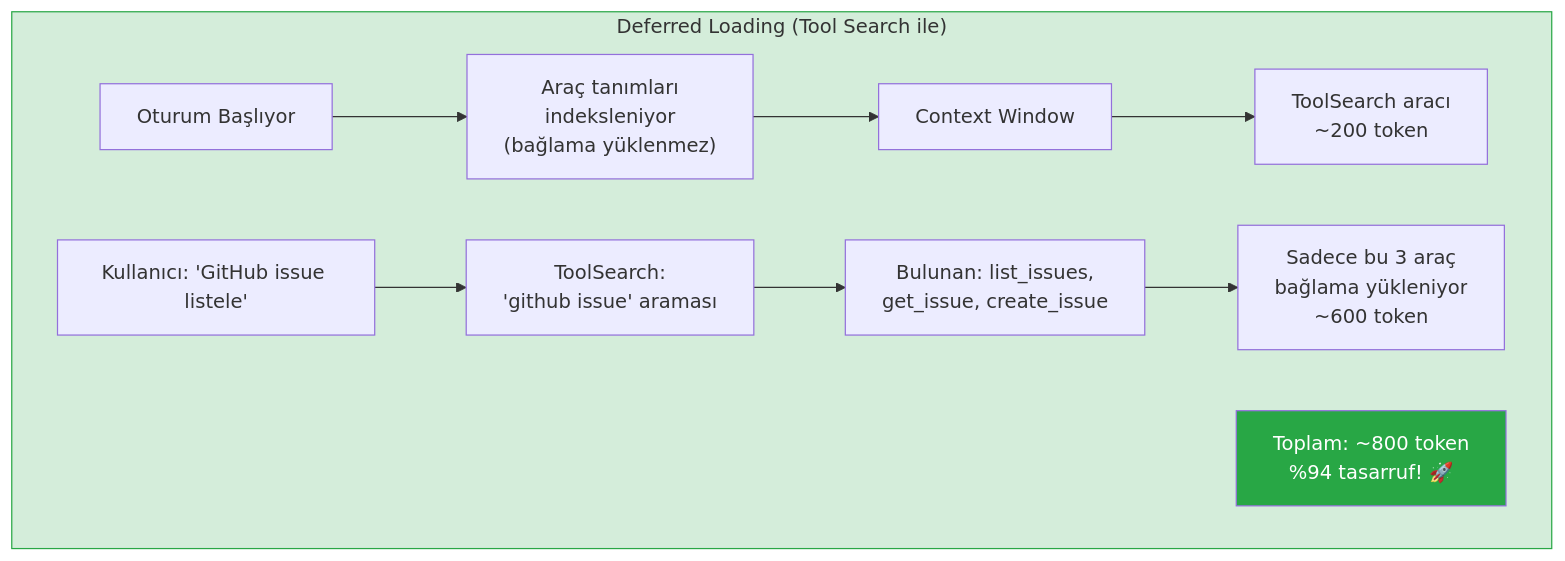
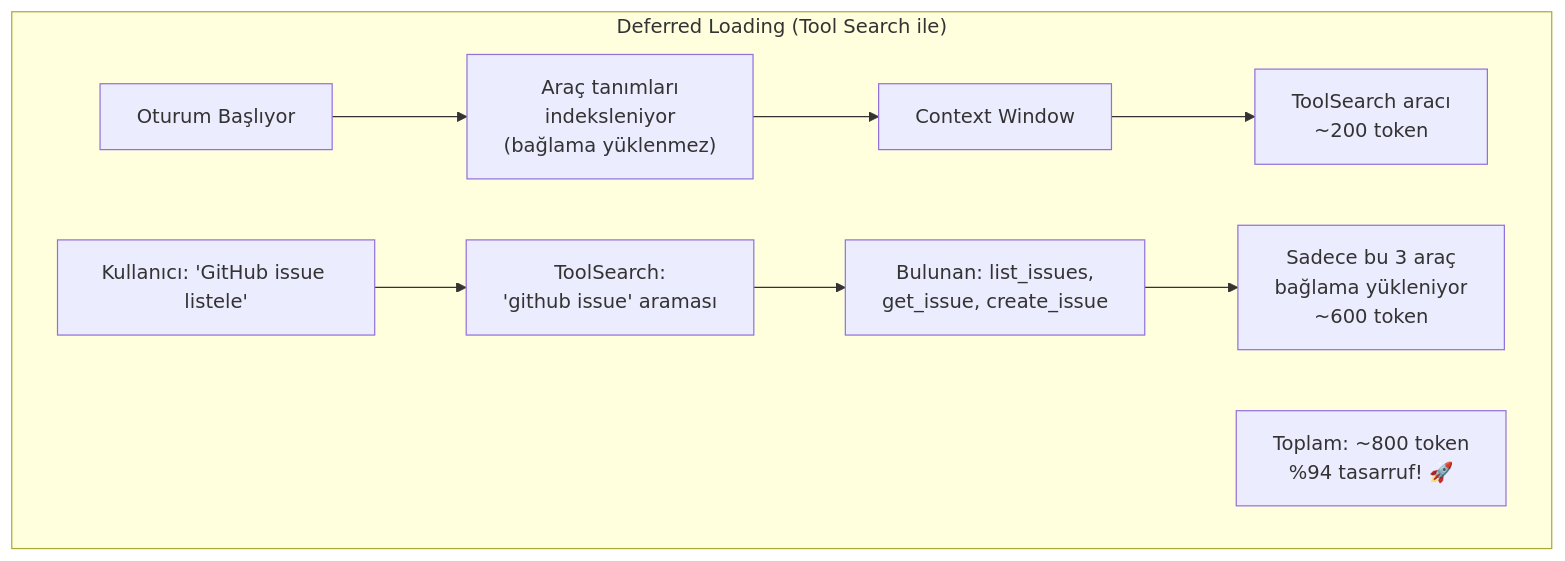
The second of 5 diagrams in 11-mcp/04-mcp-tool-search.md (IzzetYasinAtes/ClaudeCodeHandbook), drawn with Mermaid before and after one commit. The commit also changed other lines of this file and 97 other files, not shown here.

Commit message:
Remove all custom Mermaid style/fill colors from 98 markdown files for consistent dark theme rendering

````diff
--- a/11-mcp/04-mcp-tool-search.md
+++ b/11-mcp/04-mcp-tool-search.md
@@ -49,18 +47,16 @@
 ```mermaid
 flowchart TD
     subgraph deferred ["Deferred Loading (Tool Search ile)"]
         START["Oturum Başlıyor"] --> INDEX["Araç tanımları<br/>indeksleniyor<br/>(bağlama yüklenmez)"]
         INDEX --> SMALL_CTX["Context Window"]
 
         SMALL_CTX --> TS["ToolSearch aracı<br/>~200 token"]
 
         USER["Kullanıcı: 'GitHub issue listele'"] --> SEARCH["ToolSearch:<br/>'github issue' araması"]
         SEARCH --> FOUND["Bulunan: list_issues,<br/>get_issue, create_issue"]
         FOUND --> LOAD["Sadece bu 3 araç<br/>bağlama yükleniyor<br/>~600 token"]
 
         TOTAL2["Toplam: ~800 token<br/>%94 tasarruf! 🚀"]
     end
 
-    style deferred fill:#d4edda,stroke:#28a745
-    style TOTAL2 fill:#28a745,color:#fff
 ```
````
